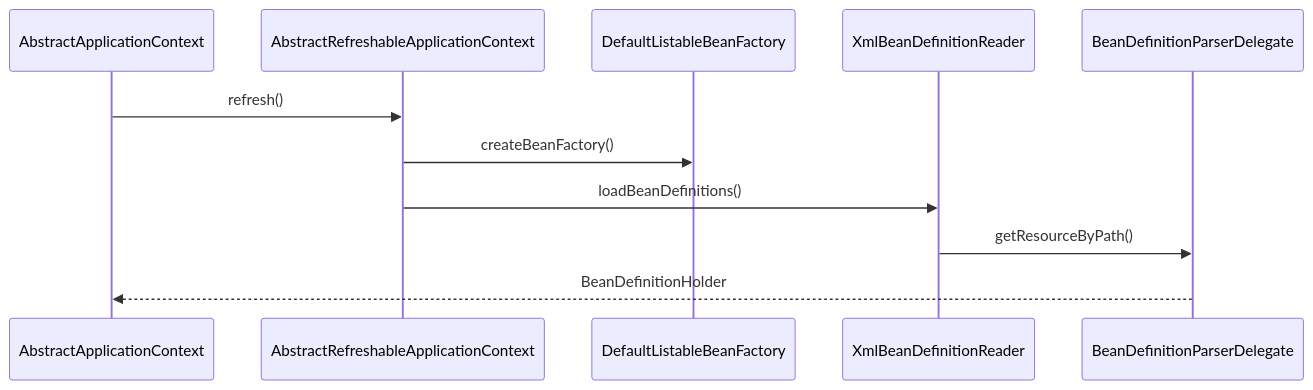
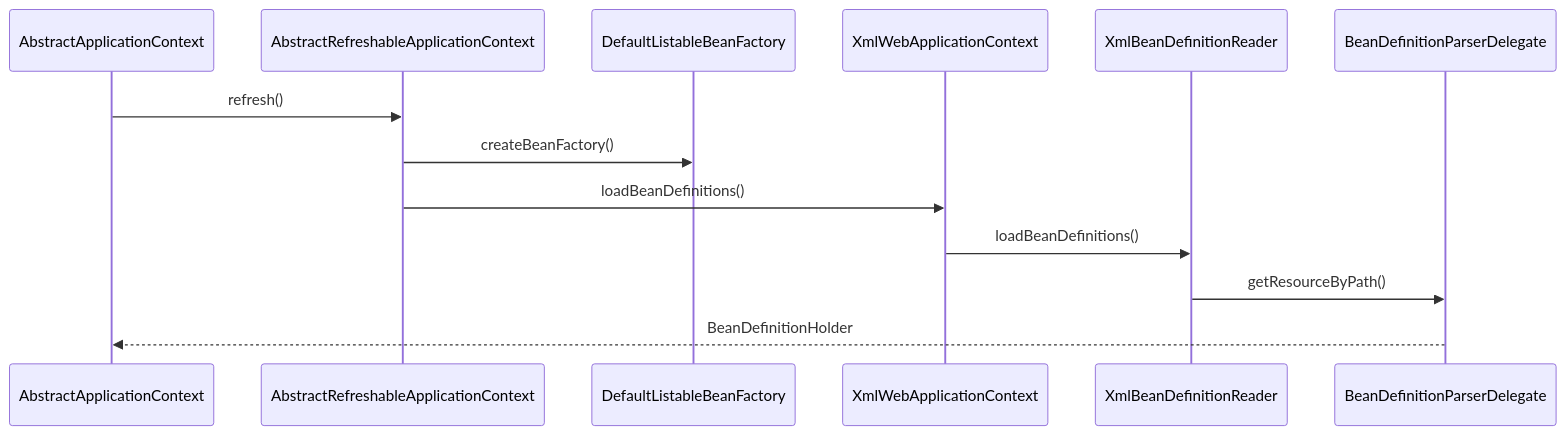
Before and after one commit to onlyonion/development: the third of 3 diagrams in 20-framework/src/spring/spring-context/FileSystemXmlApplicationContext.md, drawn with Mermaid. The commit also changed other lines of this file and 6 other files, not shown here.

````diff
--- a/20-framework/src/spring/spring-context/FileSystemXmlApplicationContext.md
+++ b/20-framework/src/spring/spring-context/FileSystemXmlApplicationContext.md
@@ -35,11 +37,13 @@
 ```mermaid
 sequenceDiagram
     AbstractApplicationContext ->> AbstractRefreshableApplicationContext: refresh()
 
-    AbstractRefreshableApplicationContext ->> DefaultListableBeanFactory: createBeanFactory();
-    AbstractRefreshableApplicationContext ->> XmlBeanDefinitionReader: loadBeanDefinitions();
+    AbstractRefreshableApplicationContext ->> DefaultListableBeanFactory: createBeanFactory()
+
+    AbstractRefreshableApplicationContext ->> XmlWebApplicationContext: loadBeanDefinitions()
+    XmlWebApplicationContext ->> XmlBeanDefinitionReader: loadBeanDefinitions()
 
     XmlBeanDefinitionReader ->> BeanDefinitionParserDelegate: getResourceByPath()
 
     BeanDefinitionParserDelegate -->> AbstractApplicationContext: BeanDefinitionHolder
 ```
````
